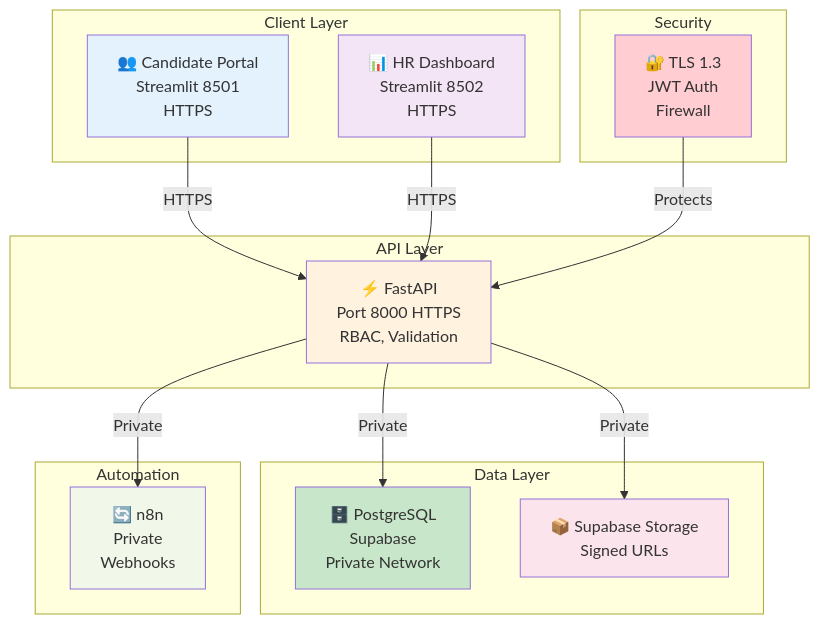
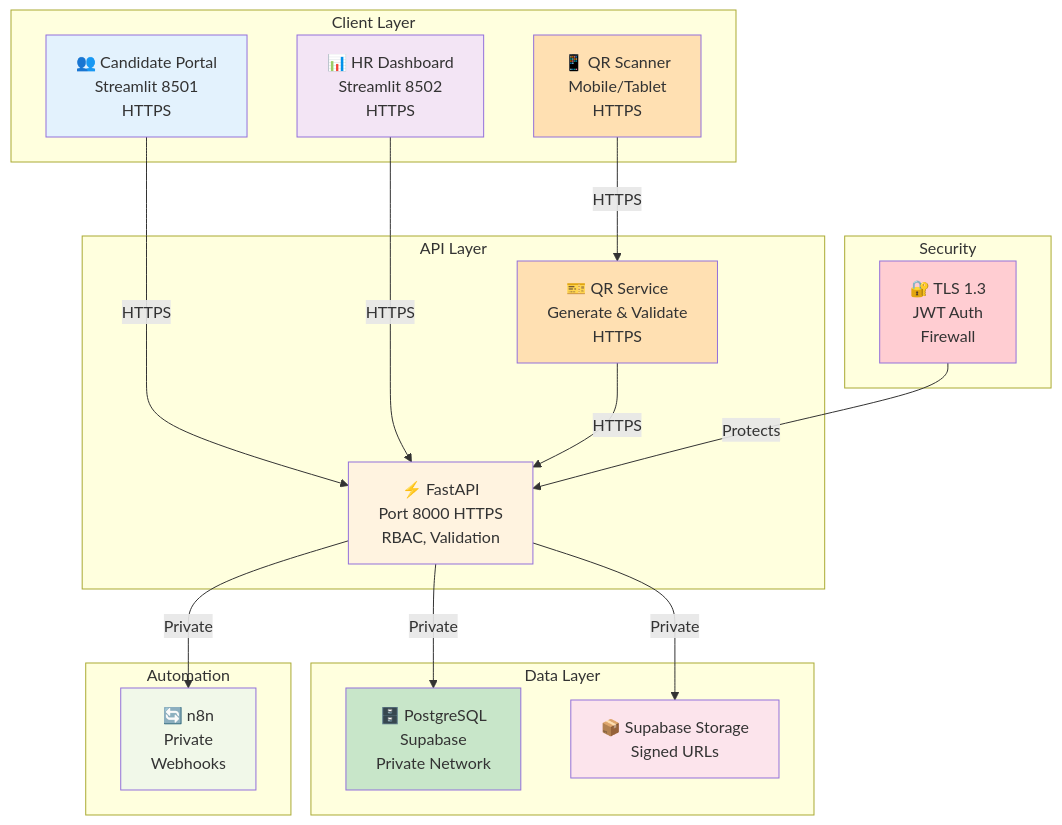
One commit to md-sahil-analyst22/test changed the fifth of 15 diagrams in HR_Onboarding_Agent.md. Above: the diagram before and after it, drawn with Mermaid. The commit also changed other lines of this file, not shown here.

````diff
--- a/HR_Onboarding_Agent.md
+++ b/HR_Onboarding_Agent.md
@@ -304,39 +345,45 @@
 ```mermaid
 graph TB
     subgraph "Client Layer"
         CP["👥 Candidate Portal<br/>Streamlit 8501<br/>HTTPS"]
         HP["📊 HR Dashboard<br/>Streamlit 8502<br/>HTTPS"]
+        QR_CLIENT["📱 QR Scanner<br/>Mobile/Tablet<br/>HTTPS"]
     end
     
     subgraph "API Layer"
         API["⚡ FastAPI<br/>Port 8000 HTTPS<br/>RBAC, Validation"]
+        QR_API["🎫 QR Service<br/>Generate & Validate<br/>HTTPS"]
     end
     
     subgraph "Data Layer"
         DB["🗄️ PostgreSQL<br/>Supabase<br/>Private Network"]
         STORAGE["📦 Supabase Storage<br/>Signed URLs"]
     end
     
     subgraph "Automation"
         N8N["🔄 n8n<br/>Private<br/>Webhooks"]
     end
     
     subgraph "Security"
         TLS["🔐 TLS 1.3<br/>JWT Auth<br/>Firewall"]
     end
     
     CP -->|HTTPS| API
     HP -->|HTTPS| API
+    QR_CLIENT -->|HTTPS| QR_API
+    QR_API -->|HTTPS| API
     API -->|Private| DB
     API -->|Private| STORAGE
     API -->|Private| N8N
     TLS -->|Protects| API
     
     style CP fill:#e3f2fd
     style HP fill:#f3e5f5
+    style QR_CLIENT fill:#ffe0b2
     style API fill:#fff3e0
+    style QR_API fill:#ffe0b2
     style DB fill:#c8e6c9
     style STORAGE fill:#fce4ec
     style N8N fill:#f1f8e9
     style TLS fill:#ffcdd2
 ```
````
